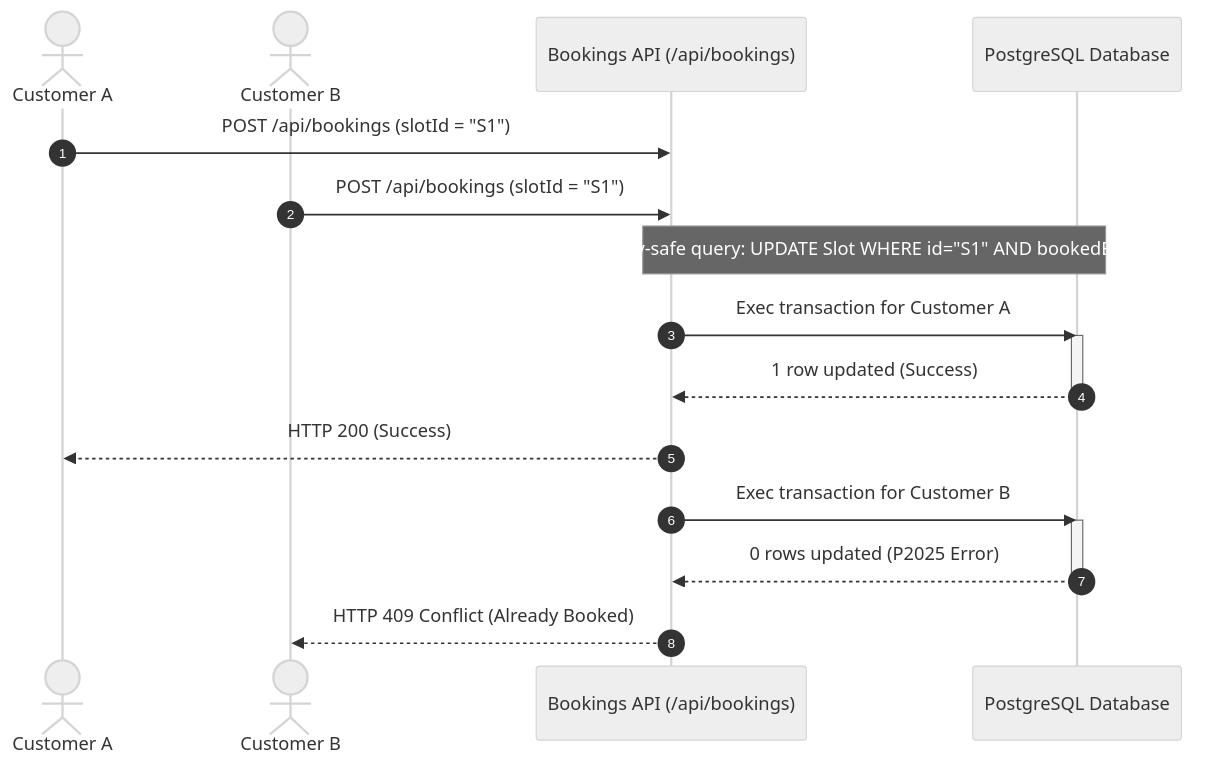
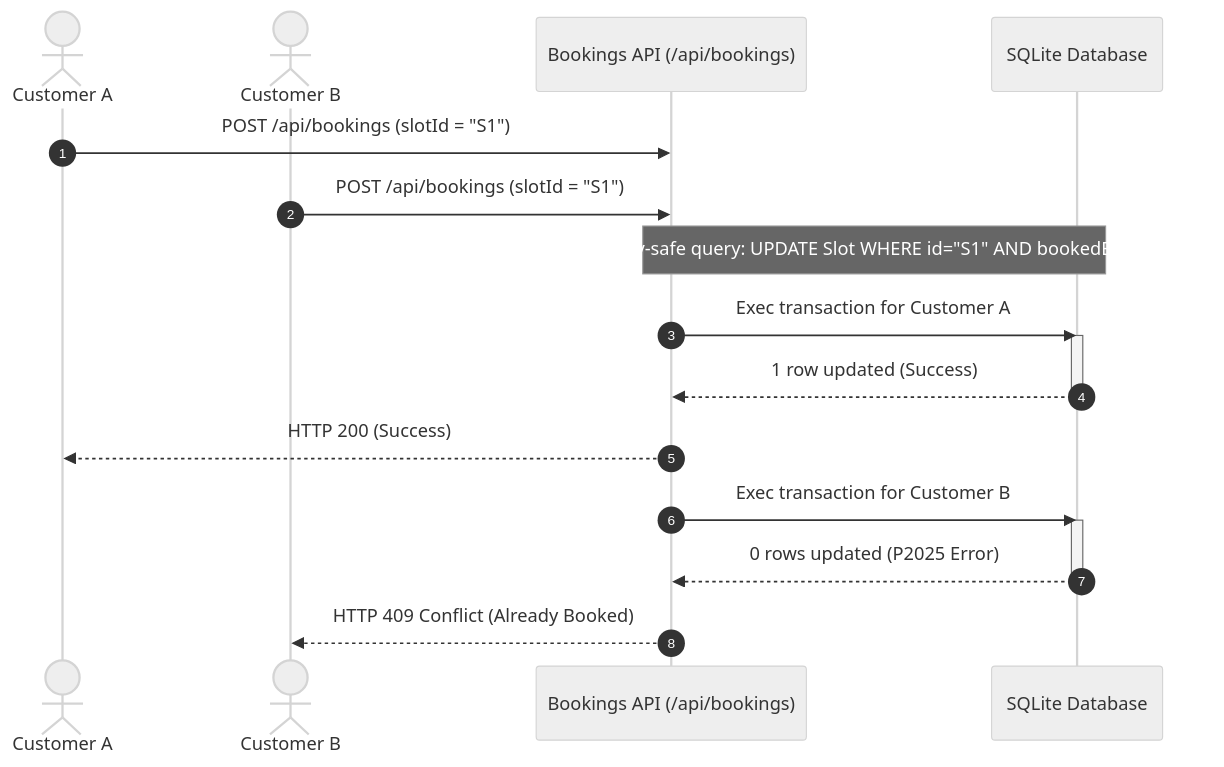
The third of 4 diagrams in SYSTEM_DESIGN.md (AyushChaurasia2611/Slot_Booking_Service), drawn with Mermaid (neutral theme) before and after one commit. The commit also changed other lines of this file and 1 other file, not shown here.

Commit message:
docs: update system design and decisions for SQLite transition

````diff
--- a/SYSTEM_DESIGN.md
+++ b/SYSTEM_DESIGN.md
@@ -85,25 +85,25 @@
 ```mermaid
 sequenceDiagram
     autonumber
     actor CustomerA as Customer A
     actor CustomerB as Customer B
     participant API as Bookings API (/api/bookings)
-    participant DB as PostgreSQL Database
+    participant DB as SQLite Database
 
     CustomerA->>API: POST /api/bookings (slotId = "S1")
     CustomerB->>API: POST /api/bookings (slotId = "S1")
     
     Note over API,DB: Concurrency-safe query: UPDATE Slot WHERE id="S1" AND bookedById IS NULL
     
     API->>DB: Exec transaction for Customer A
     activate DB
     DB-->>API: 1 row updated (Success)
     deactivate DB
     API-->>CustomerA: HTTP 200 (Success)
     
     API->>DB: Exec transaction for Customer B
     activate DB
     DB-->>API: 0 rows updated (P2025 Error)
     deactivate DB
     API-->>CustomerB: HTTP 409 Conflict (Already Booked)
 ```
````
